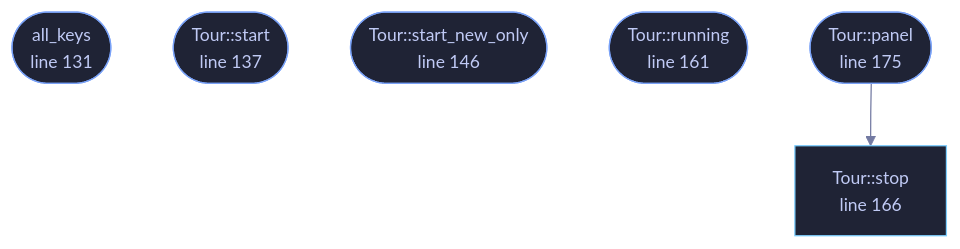
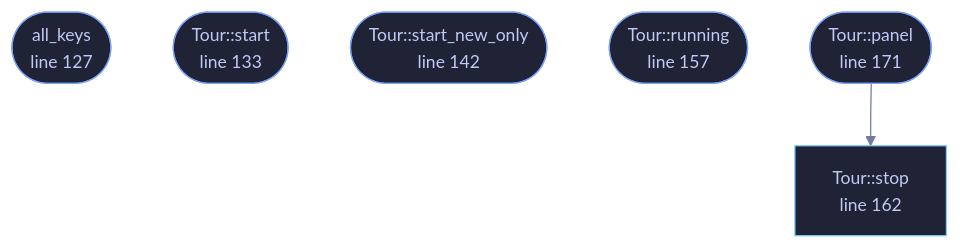
One commit to tilas01/veilvoice changed the diagram in docs/files/veilvoice-gui/tour.md. Above: the diagram before and after it, drawn with Mermaid. The commit also changed other lines of this file and 100 other files, not shown here.

````diff
--- a/docs/files/veilvoice-gui/tour.md
+++ b/docs/files/veilvoice-gui/tour.md
@@ -95,21 +95,21 @@
 ```mermaid
 %%{init: {"theme":"base","themeVariables":{"background":"#1a1b26","primaryColor":"#1f2335","primaryTextColor":"#c0caf5","primaryBorderColor":"#7aa2f7","secondaryColor":"#16161e","tertiaryColor":"#16161e","lineColor":"#737aa2","textColor":"#c0caf5","mainBkg":"#1f2335","nodeBorder":"#7aa2f7","clusterBkg":"#16161e","clusterBorder":"#2f3549","fontFamily":"ui-monospace, SFMono-Regular, Consolas, monospace","fontSize":"14px"}}}%%
 flowchart TD
-    n_all_keys(["all_keys<br/>line 131"])
-    n_start(["Tour::start<br/>line 137"])
-    n_start_new_only(["Tour::start_new_only<br/>line 146"])
-    n_running(["Tour::running<br/>line 161"])
-    n_stop["Tour::stop<br/>line 166"]
-    n_panel(["Tour::panel<br/>line 175"])
+    n_all_keys(["all_keys<br/>line 127"])
+    n_start(["Tour::start<br/>line 133"])
+    n_start_new_only(["Tour::start_new_only<br/>line 142"])
+    n_running(["Tour::running<br/>line 157"])
+    n_stop["Tour::stop<br/>line 162"]
+    n_panel(["Tour::panel<br/>line 171"])
     n_panel --> n_stop
-    click n_all_keys href "https://github.com/tilas01/veilvoice/blob/main/crates/veilvoice-gui/src/tour.rs#L131" "open the source"
-    click n_start href "https://github.com/tilas01/veilvoice/blob/main/crates/veilvoice-gui/src/tour.rs#L137" "open the source"
-    click n_start_new_only href "https://github.com/tilas01/veilvoice/blob/main/crates/veilvoice-gui/src/tour.rs#L146" "open the source"
-    click n_running href "https://github.com/tilas01/veilvoice/blob/main/crates/veilvoice-gui/src/tour.rs#L161" "open the source"
-    click n_stop href "https://github.com/tilas01/veilvoice/blob/main/crates/veilvoice-gui/src/tour.rs#L166" "open the source"
-    click n_panel href "https://github.com/tilas01/veilvoice/blob/main/crates/veilvoice-gui/src/tour.rs#L175" "open the source"
+    click n_all_keys href "https://github.com/tilas01/veilvoice/blob/main/crates/veilvoice-gui/src/tour.rs#L127" "open the source"
+    click n_start href "https://github.com/tilas01/veilvoice/blob/main/crates/veilvoice-gui/src/tour.rs#L133" "open the source"
+    click n_start_new_only href "https://github.com/tilas01/veilvoice/blob/main/crates/veilvoice-gui/src/tour.rs#L142" "open the source"
+    click n_running href "https://github.com/tilas01/veilvoice/blob/main/crates/veilvoice-gui/src/tour.rs#L157" "open the source"
+    click n_stop href "https://github.com/tilas01/veilvoice/blob/main/crates/veilvoice-gui/src/tour.rs#L162" "open the source"
+    click n_panel href "https://github.com/tilas01/veilvoice/blob/main/crates/veilvoice-gui/src/tour.rs#L171" "open the source"
     classDef entry fill:#1f2335,stroke:#7aa2f7,color:#c0caf5
     class n_all_keys,n_start,n_start_new_only,n_running,n_panel entry
     classDef api fill:#1f2335,stroke:#7dcfff,color:#c0caf5
     class n_stop api
 ```
````
